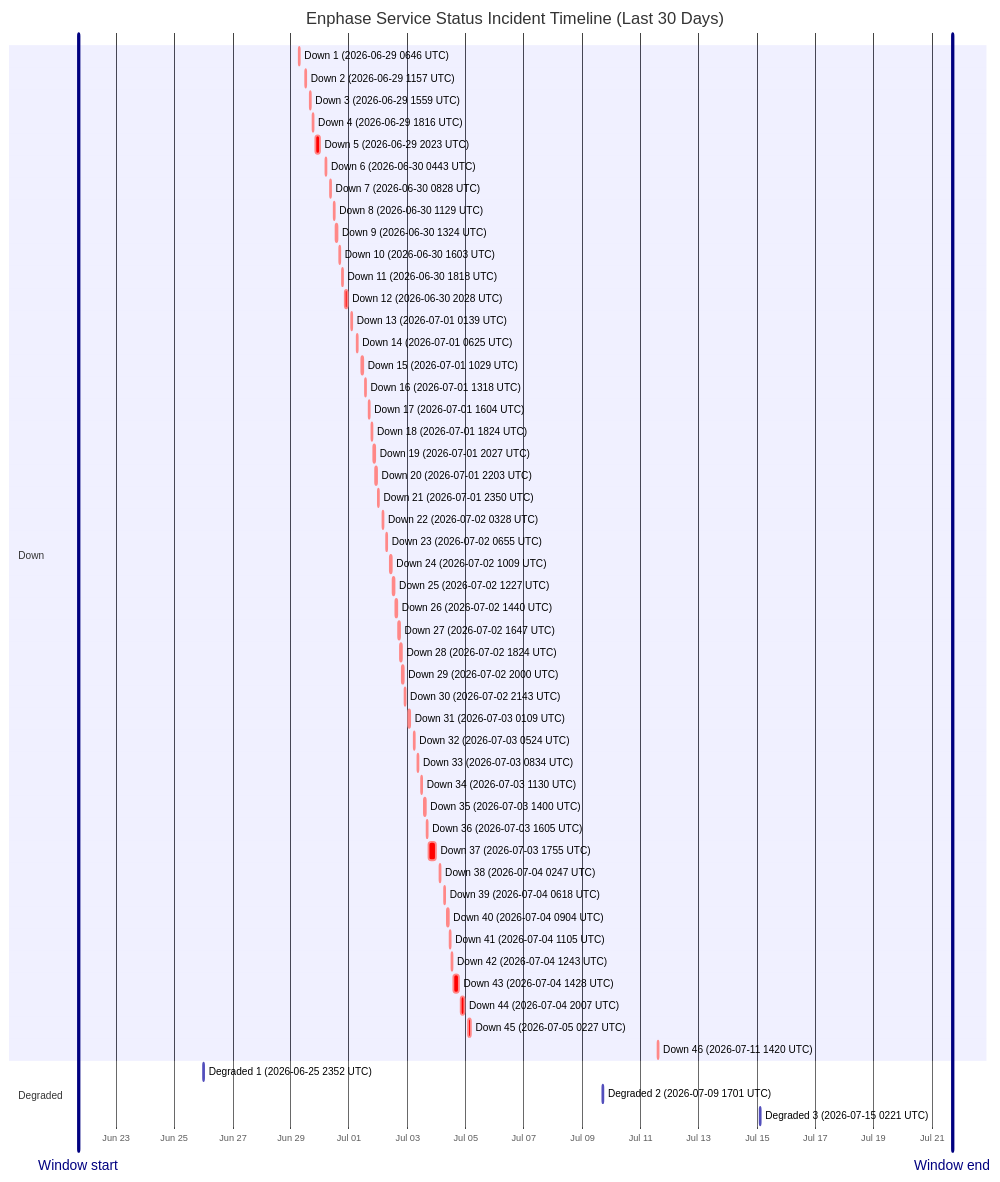
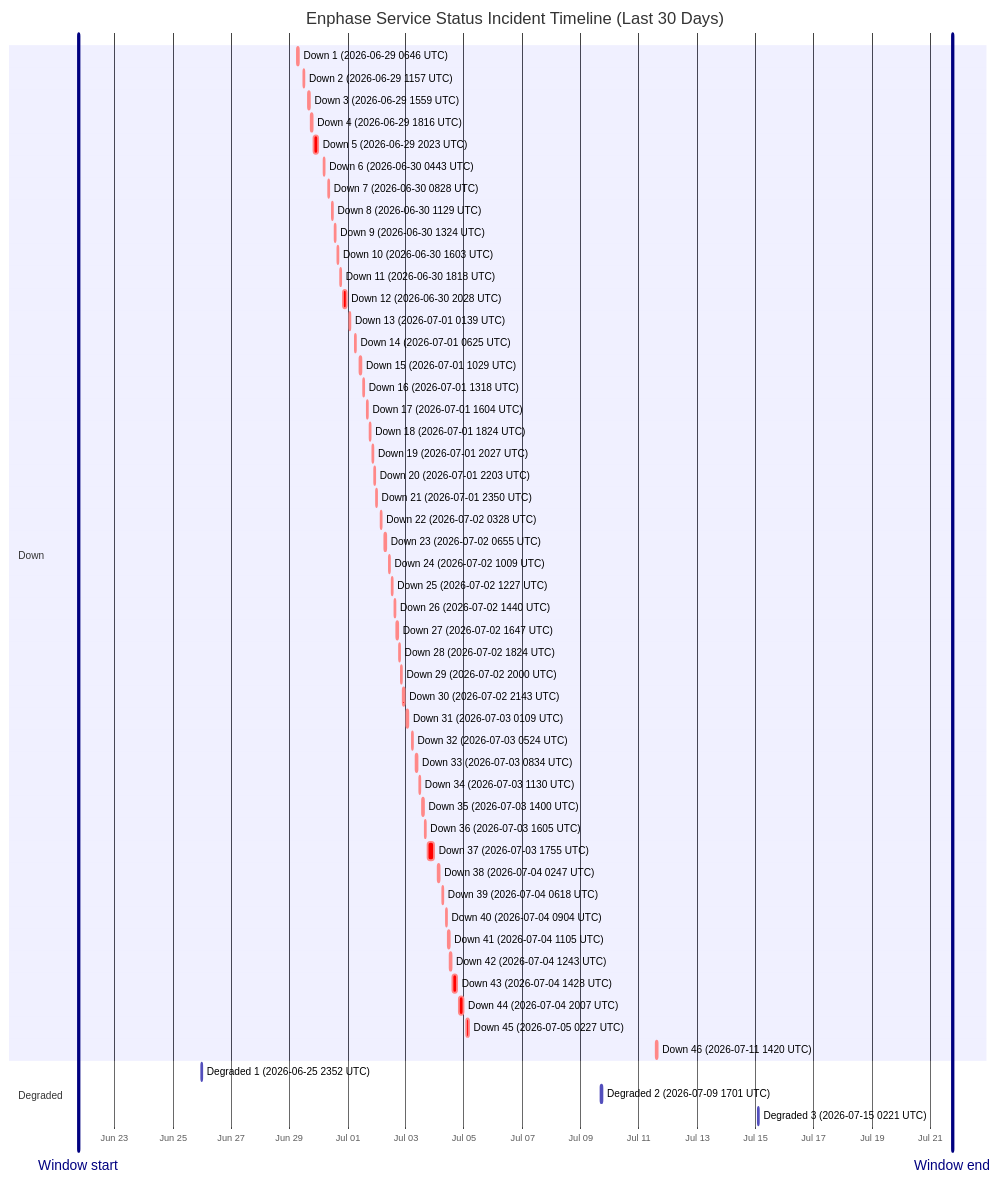
One commit to barneyonline/ha-enphase-energy changed the diagram in wiki/Service-Status-History.md. Above: the diagram before and after it, drawn with Mermaid. The commit also changed other lines of this file and 3 other files, not shown here.

````diff
--- a/wiki/Service-Status-History.md
+++ b/wiki/Service-Status-History.md
@@ -14,59 +14,59 @@
 ```mermaid
 gantt
     title Enphase Service Status Incident Timeline (Last 30 Days)
     dateFormat  YYYY-MM-DDTHH:mm:ss
     axisFormat  %b %d
-    Window start :vert, window-start, 2026-06-21T16:54:19, 0ms
-    Window end :vert, window-end, 2026-07-21T16:54:19, 0ms
+    Window start :vert, window-start, 2026-06-21T18:15:06, 0ms
+    Window end :vert, window-end, 2026-07-21T18:15:06, 0ms
     section Down
     Down 1 (2026-06-29 0646 UTC) :crit, down-1, 2026-06-29T06:46:18, 60m
     Down 2 (2026-06-29 1157 UTC) :crit, down-2, 2026-06-29T11:57:36, 60m
     Down 3 (2026-06-29 1559 UTC) :crit, down-3, 2026-06-29T15:59:02, 60m
     Down 4 (2026-06-29 1816 UTC) :crit, down-4, 2026-06-29T18:16:38, 60m
     Down 5 (2026-06-29 2023 UTC) :crit, down-5, 2026-06-29T20:23:16, 220m
     Down 6 (2026-06-30 0443 UTC) :crit, down-6, 2026-06-30T04:43:54, 60m
     Down 7 (2026-06-30 0828 UTC) :crit, down-7, 2026-06-30T08:28:43, 60m
     Down 8 (2026-06-30 1129 UTC) :crit, down-8, 2026-06-30T11:29:15, 60m
     Down 9 (2026-06-30 1324 UTC) :crit, down-9, 2026-06-30T13:24:25, 60m
     Down 10 (2026-06-30 1603 UTC) :crit, down-10, 2026-06-30T16:03:26, 60m
     Down 11 (2026-06-30 1818 UTC) :crit, down-11, 2026-06-30T18:18:39, 60m
     Down 12 (2026-06-30 2028 UTC) :crit, down-12, 2026-06-30T20:28:54, 171m
     Down 13 (2026-07-01 0139 UTC) :crit, down-13, 2026-07-01T01:39:18, 60m
     Down 14 (2026-07-01 0625 UTC) :crit, down-14, 2026-07-01T06:25:35, 60m
     Down 15 (2026-07-01 1029 UTC) :crit, down-15, 2026-07-01T10:29:24, 60m
     Down 16 (2026-07-01 1318 UTC) :crit, down-16, 2026-07-01T13:18:31, 60m
     Down 17 (2026-07-01 1604 UTC) :crit, down-17, 2026-07-01T16:04:29, 60m
     Down 18 (2026-07-01 1824 UTC) :crit, down-18, 2026-07-01T18:24:21, 60m
     Down 19 (2026-07-01 2027 UTC) :crit, down-19, 2026-07-01T20:27:17, 60m
     Down 20 (2026-07-01 2203 UTC) :crit, down-20, 2026-07-01T22:03:46, 60m
     Down 21 (2026-07-01 2350 UTC) :crit, down-21, 2026-07-01T23:50:52, 60m
     Down 22 (2026-07-02 0328 UTC) :crit, down-22, 2026-07-02T03:28:33, 60m
     Down 23 (2026-07-02 0655 UTC) :crit, down-23, 2026-07-02T06:55:07, 60m
     Down 24 (2026-07-02 1009 UTC) :crit, down-24, 2026-07-02T10:09:15, 60m
     Down 25 (2026-07-02 1227 UTC) :crit, down-25, 2026-07-02T12:27:49, 60m
     Down 26 (2026-07-02 1440 UTC) :crit, down-26, 2026-07-02T14:40:53, 60m
     Down 27 (2026-07-02 1647 UTC) :crit, down-27, 2026-07-02T16:47:47, 60m
     Down 28 (2026-07-02 1824 UTC) :crit, down-28, 2026-07-02T18:24:26, 60m
     Down 29 (2026-07-02 2000 UTC) :crit, down-29, 2026-07-02T20:00:57, 60m
     Down 30 (2026-07-02 2143 UTC) :crit, down-30, 2026-07-02T21:43:52, 80m
     Down 31 (2026-07-03 0109 UTC) :crit, down-31, 2026-07-03T01:09:19, 60m
     Down 32 (2026-07-03 0524 UTC) :crit, down-32, 2026-07-03T05:24:23, 60m
     Down 33 (2026-07-03 0834 UTC) :crit, down-33, 2026-07-03T08:34:05, 60m
     Down 34 (2026-07-03 1130 UTC) :crit, down-34, 2026-07-03T11:30:41, 60m
     Down 35 (2026-07-03 1400 UTC) :crit, down-35, 2026-07-03T14:00:48, 60m
     Down 36 (2026-07-03 1605 UTC) :crit, down-36, 2026-07-03T16:05:49, 60m
     Down 37 (2026-07-03 1755 UTC) :crit, down-37, 2026-07-03T17:55:54, 338m
     Down 38 (2026-07-04 0247 UTC) :crit, down-38, 2026-07-04T02:47:22, 60m
     Down 39 (2026-07-04 0618 UTC) :crit, down-39, 2026-07-04T06:18:09, 60m
     Down 40 (2026-07-04 0904 UTC) :crit, down-40, 2026-07-04T09:04:41, 60m
     Down 41 (2026-07-04 1105 UTC) :crit, down-41, 2026-07-04T11:05:21, 60m
     Down 42 (2026-07-04 1243 UTC) :crit, down-42, 2026-07-04T12:43:25, 60m
     Down 43 (2026-07-04 1428 UTC) :crit, down-43, 2026-07-04T14:28:07, 243m
     Down 44 (2026-07-04 2007 UTC) :crit, down-44, 2026-07-04T20:07:50, 206m
     Down 45 (2026-07-05 0227 UTC) :crit, down-45, 2026-07-05T02:27:32, 109m
     Down 46 (2026-07-11 1420 UTC) :crit, down-46, 2026-07-11T14:20:54, 69m
     section Degraded
     Degraded 1 (2026-06-25 2352 UTC) :active, degraded-1, 2026-06-25T23:52:01, 60m
     Degraded 2 (2026-07-09 1701 UTC) :active, degraded-2, 2026-07-09T17:01:02, 60m
     Degraded 3 (2026-07-15 0221 UTC) :active, degraded-3, 2026-07-15T02:21:35, 60m
 ```
````
